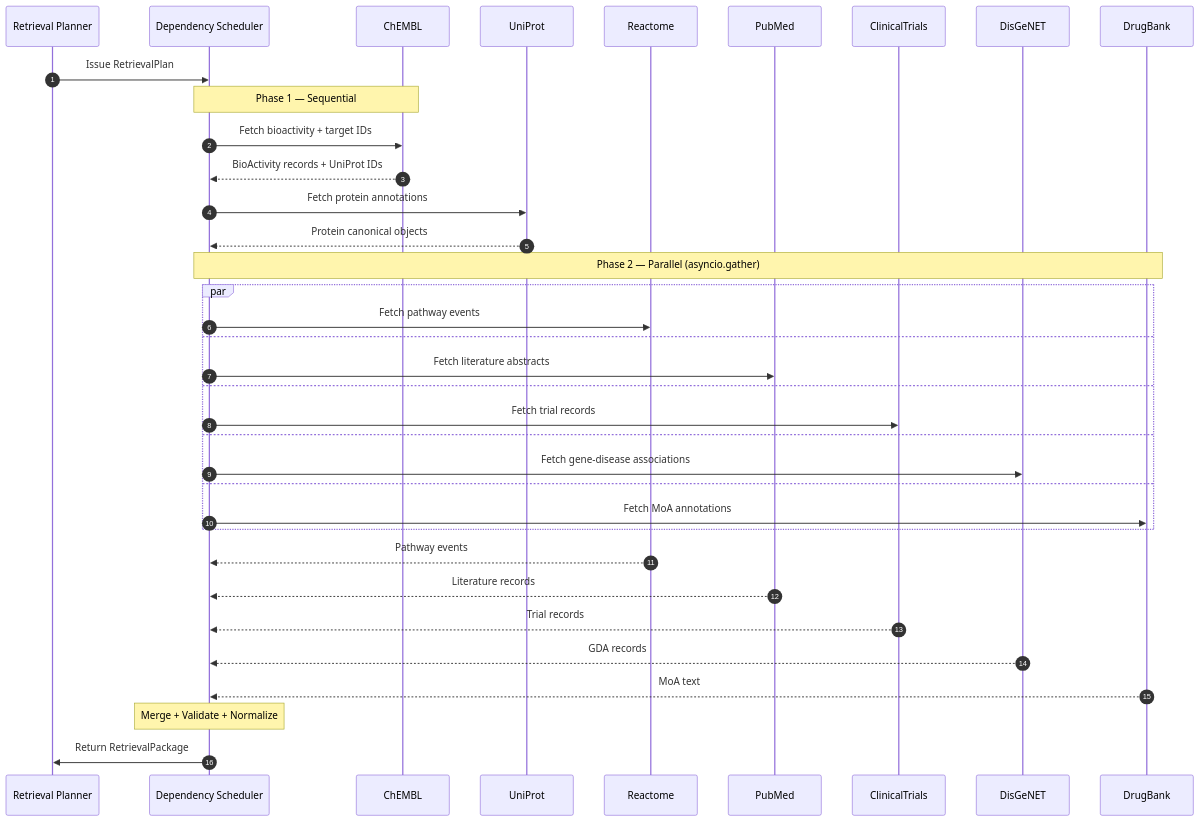
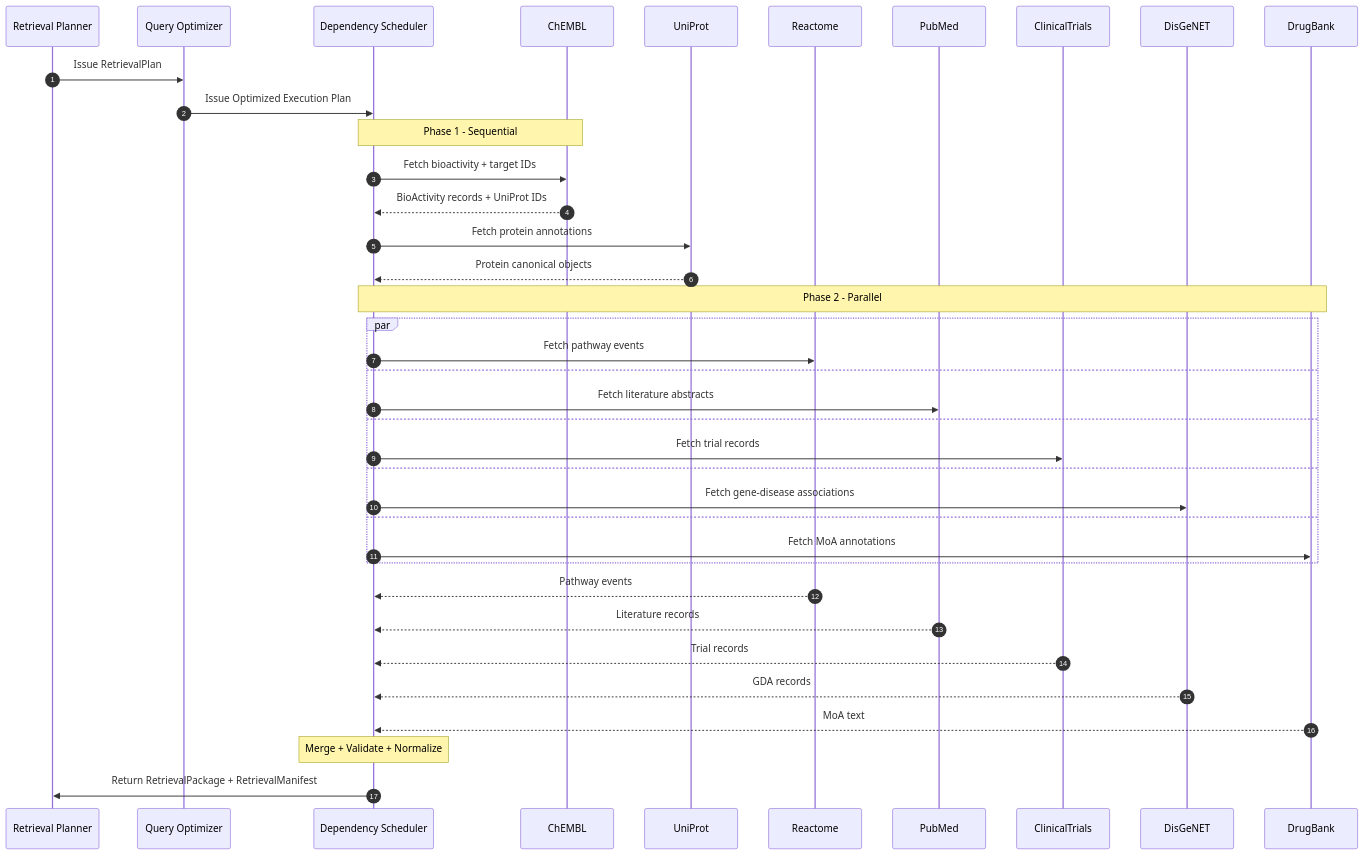
One commit to sameekshaa19/cynthera changed diagram 11 of 12 in 03_RETRIEVAL_SPECIFICATION.md. Above: the diagram before and after it, drawn with Mermaid. The commit also changed other lines of this file and 3 other files, not shown here.

````diff
--- a/03_RETRIEVAL_SPECIFICATION.md
+++ b/03_RETRIEVAL_SPECIFICATION.md
@@ -417,44 +684,46 @@
 ```mermaid
 sequenceDiagram
     autonumber
     participant RP as Retrieval Planner
+    participant QO as Query Optimizer
     participant Sched as Dependency Scheduler
     participant ChEMBL
     participant UniProt
     participant Reactome
     participant PubMed
     participant ClinTrials as ClinicalTrials
     participant DisGeNET
     participant DrugBank
 
-    RP->>Sched: Issue RetrievalPlan
+    RP->>QO: Issue RetrievalPlan
+    QO->>Sched: Issue Optimized Execution Plan
 
-    Note over Sched,ChEMBL: Phase 1 — Sequential
+    Note over Sched,ChEMBL: Phase 1 - Sequential
     Sched->>ChEMBL: Fetch bioactivity + target IDs
     ChEMBL-->>Sched: BioActivity records + UniProt IDs
 
     Sched->>UniProt: Fetch protein annotations
     UniProt-->>Sched: Protein canonical objects
 
-    Note over Sched,DrugBank: Phase 2 — Parallel (asyncio.gather)
+    Note over Sched,DrugBank: Phase 2 - Parallel
     par
         Sched->>Reactome: Fetch pathway events
     and
         Sched->>PubMed: Fetch literature abstracts
     and
         Sched->>ClinTrials: Fetch trial records
     and
         Sched->>DisGeNET: Fetch gene-disease associations
     and
         Sched->>DrugBank: Fetch MoA annotations
     end
 
     Reactome-->>Sched: Pathway events
     PubMed-->>Sched: Literature records
     ClinTrials-->>Sched: Trial records
     DisGeNET-->>Sched: GDA records
     DrugBank-->>Sched: MoA text
 
     Note over Sched: Merge + Validate + Normalize
-    Sched->>RP: Return RetrievalPackage
+    Sched->>RP: Return RetrievalPackage + RetrievalManifest
 ```
````
